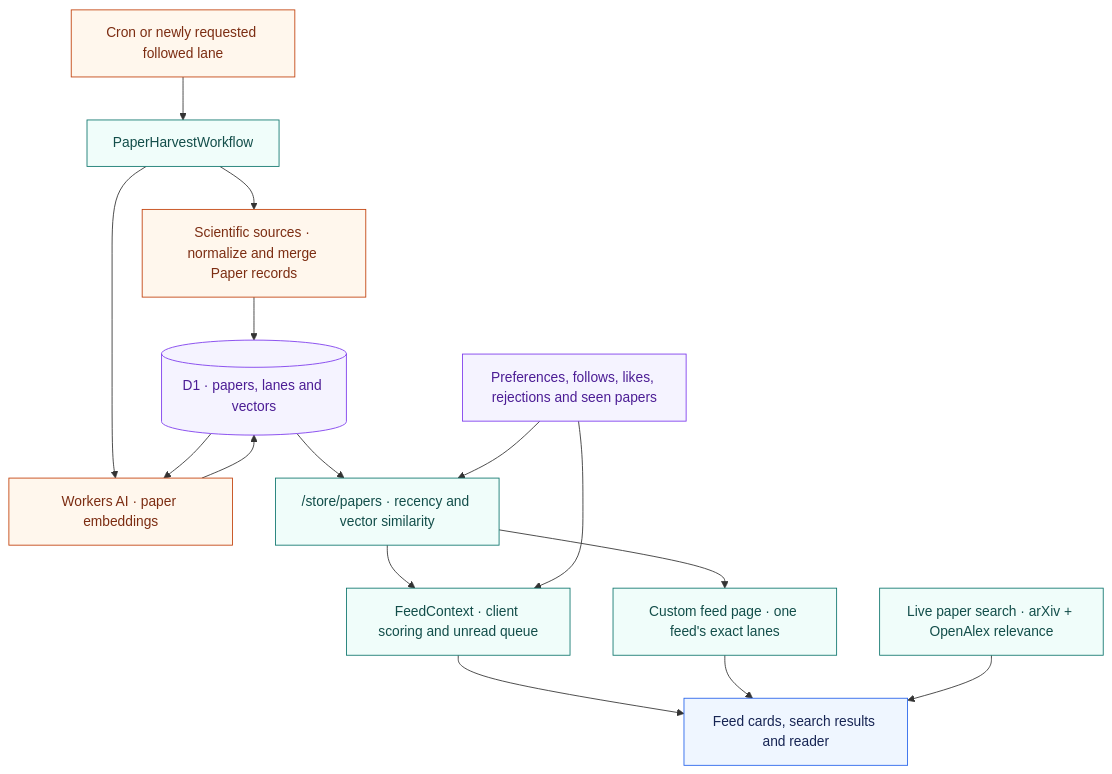
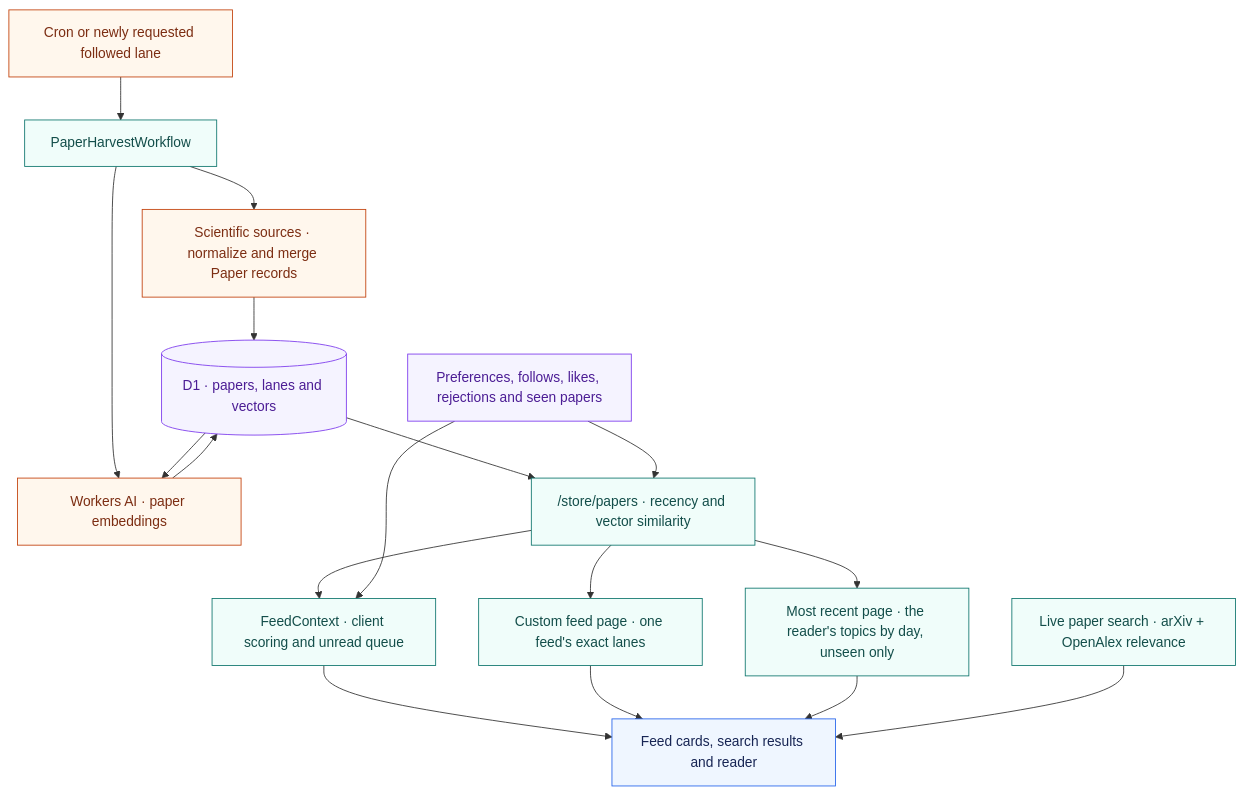
One commit to mugar123/papertok changed the second of 2 diagrams in ARCHITECTURE.md. Above: the diagram before and after it, drawn with Mermaid. The commit also changed other lines of this file and 36 other files, not shown here.

First line of the commit message:
feat(feeds): a Most recent tab of unseen papers by arrival day

````diff
--- a/ARCHITECTURE.md
+++ b/ARCHITECTURE.md
@@ -104,32 +104,34 @@
 ```mermaid
 flowchart TD
     Trigger["Cron or newly requested followed lane"]
     Harvest["PaperHarvestWorkflow"]
     Sources["Scientific sources · normalize and merge Paper records"]
     Vectors["Workers AI · paper embeddings"]
     Corpus[("D1 · papers, lanes and vectors")]
     API["/store/papers · recency and vector similarity"]
     Feed["FeedContext · client scoring and unread queue"]
     Custom["Custom feed page · one feed's exact lanes"]
+    Recent["Most recent page · the reader's topics by day, unseen only"]
     Signals["Preferences, follows, likes, rejections and seen papers"]
     Search["Live paper search · arXiv + OpenAlex relevance"]
     UI["Feed cards, search results and reader"]
 
     Trigger --> Harvest --> Sources --> Corpus
     Harvest --> Vectors --> Corpus
     Corpus --> Vectors
     Corpus --> API --> Feed --> UI
     API --> Custom --> UI
+    API --> Recent --> UI
     Signals --> API
     Signals --> Feed
     Search --> UI
 
     classDef source fill:#fff7ed,stroke:#c2410c,color:#7c2d12
     classDef data fill:#f5f3ff,stroke:#7c3aed,color:#4c1d95
     classDef logic fill:#f0fdfa,stroke:#0f766e,color:#134e4a
     classDef view fill:#eff6ff,stroke:#2563eb,color:#172554
     class Trigger,Sources,Vectors source
     class Corpus,Signals data
-    class Harvest,API,Feed,Custom,Search logic
+    class Harvest,API,Feed,Custom,Recent,Search logic
     class UI view
 ```
````
